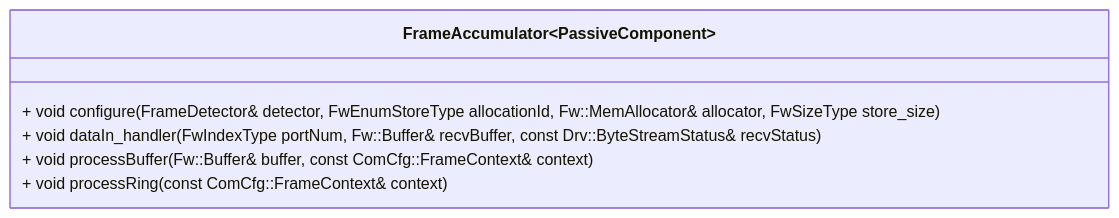
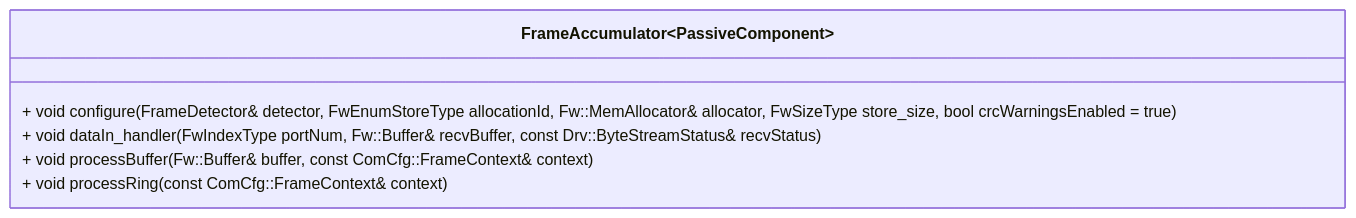
One commit to nasa/fprime changed the second of 2 diagrams in Svc/FrameAccumulator/docs/sdd.md. Above: the diagram before and after it, drawn with Mermaid. The commit also changed other lines of this file and 15 other files, not shown here.

Commit message:
FrameAccumulator: Report throttled CRC failures

````diff
--- a/Svc/FrameAccumulator/docs/sdd.md
+++ b/Svc/FrameAccumulator/docs/sdd.md
@@ -68,9 +87,9 @@
 ```mermaid
 classDiagram
     class FrameAccumulator~PassiveComponent~ {
-        + void configure(FrameDetector& detector, FwEnumStoreType allocationId, Fw::MemAllocator& allocator, FwSizeType store_size)
+        + void configure(FrameDetector& detector, FwEnumStoreType allocationId, Fw::MemAllocator& allocator, FwSizeType store_size, bool crcWarningsEnabled = true)
         + void dataIn_handler(FwIndexType portNum, Fw::Buffer& recvBuffer, const Drv::ByteStreamStatus& recvStatus)
         + void processBuffer(Fw::Buffer& buffer, const ComCfg::FrameContext& context)
         + void processRing(const ComCfg::FrameContext& context)
     }
 ```
````
